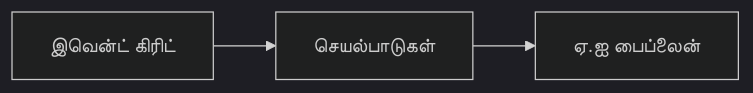
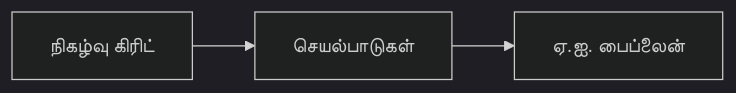
Before and after one commit to microsoft/AZD-for-beginners: the second of 2 diagrams in translations/ta/docs/chapter-08-production/README.md, drawn with Mermaid (dark theme). The commit also changed other lines of this file and 101 other files, not shown here.

````diff
--- a/translations/ta/docs/chapter-08-production/README.md
+++ b/translations/ta/docs/chapter-08-production/README.md
@@ -54,4 +56,4 @@
 ```mermaid
 graph LR
-    EventGrid[இவென்ட் கிரிட்] --> Functions[செயல்பாடுகள்] --> Pipeline[ஏ.ஐ பைப்லைன்]
+    EventGrid[நிகழ்வு கிரிட்] --> Functions[செயல்பாடுகள்] --> Pipeline[ஏ.ஐ. பைப்லைன்]
 ```
````
